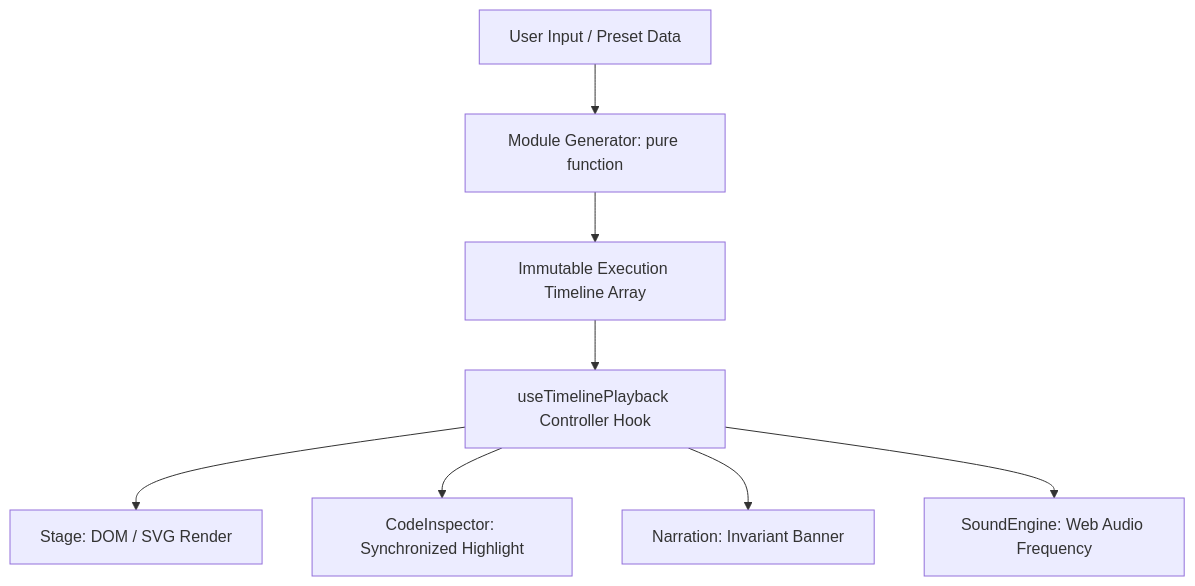
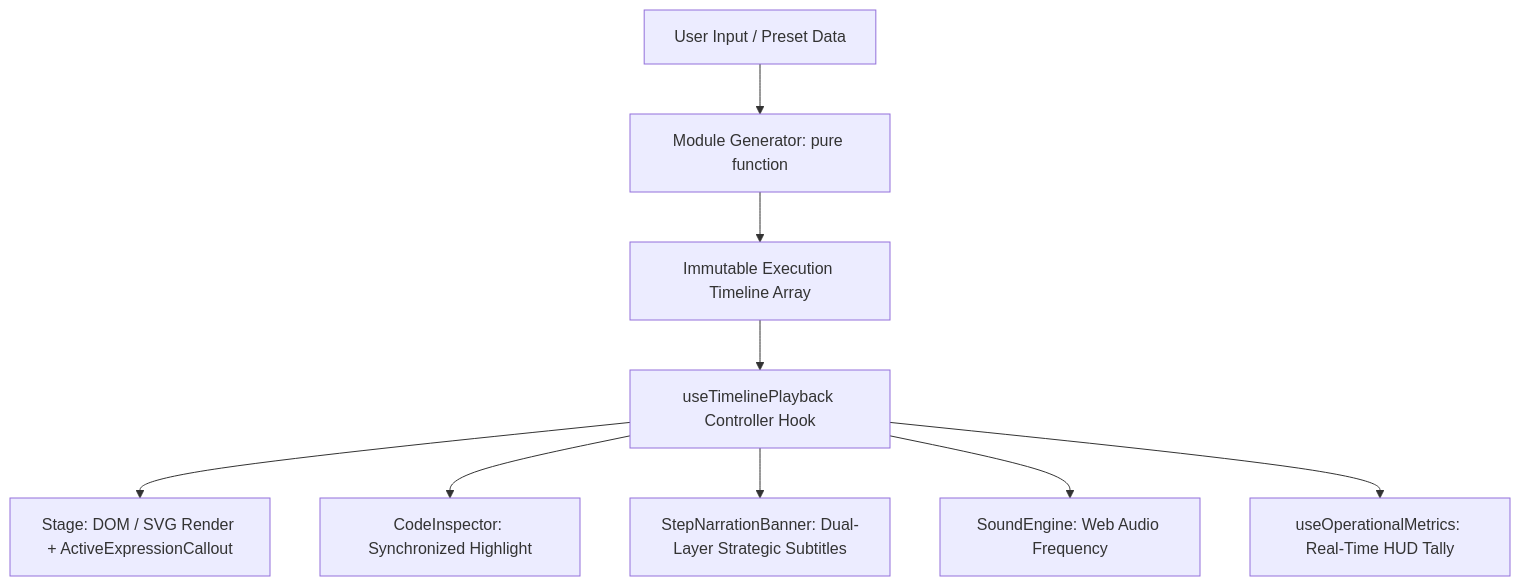
Before and after one commit to ThanhNguyxnOrg/StepDSA: the first of 2 diagrams in ARCHITECTURE.md, drawn with Mermaid. The commit also changed other lines of this file and 3 other files, not shown here.

````diff
--- a/ARCHITECTURE.md
+++ b/ARCHITECTURE.md
@@ -37,10 +37,11 @@
 ```mermaid
 graph TD
     A[User Input / Preset Data] --> B[Module Generator: pure function]
     B --> C[Immutable Execution Timeline Array]
     C --> D[useTimelinePlayback Controller Hook]
-    D --> E[Stage: DOM / SVG Render]
+    D --> E[Stage: DOM / SVG Render + ActiveExpressionCallout]
     D --> F[CodeInspector: Synchronized Highlight]
-    D --> G[Narration: Invariant Banner]
+    D --> G[StepNarrationBanner: Dual-Layer Strategic Subtitles]
     D --> H[SoundEngine: Web Audio Frequency]
+    D --> I[useOperationalMetrics: Real-Time HUD Tally]
 ```
````
